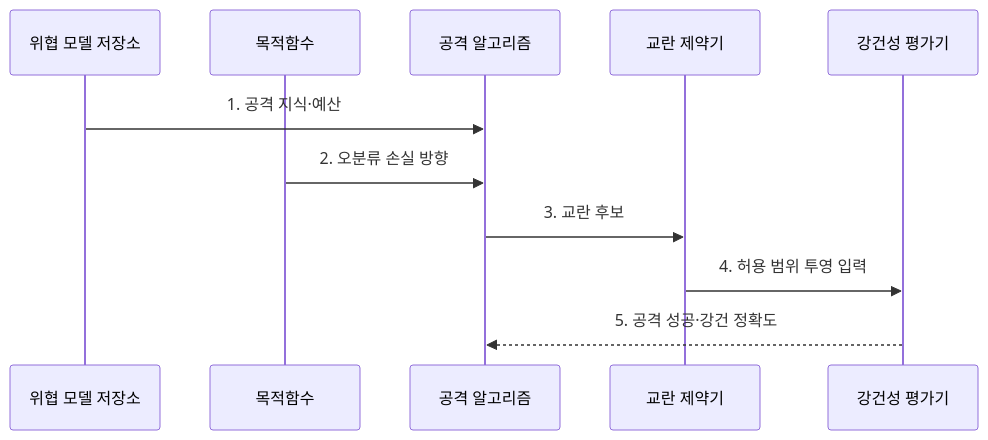
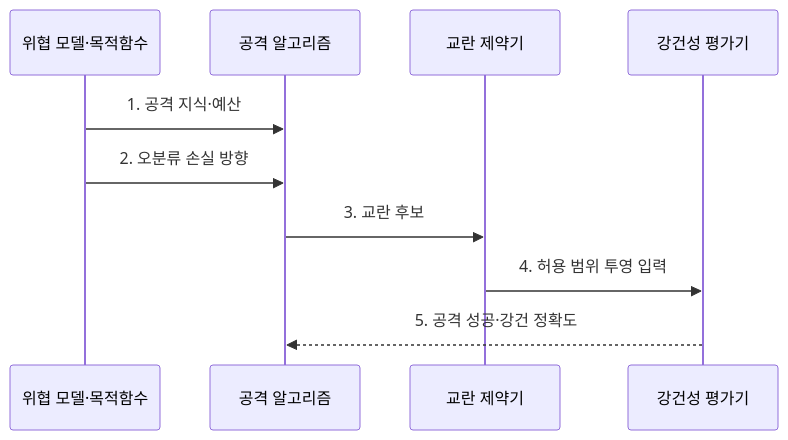
One commit to agnusdei1207/knowledge-base changed the second of 2 diagrams in src/content/docs/notes/08-latest-tech/123_adversarial_example.md. Above: the diagram before and after it, drawn with Mermaid. The commit also changed 6 other files, not shown here.

Commit message:
Reduce AI security flow participants

````diff
--- a/src/content/docs/notes/08-latest-tech/123_adversarial_example.md
+++ b/src/content/docs/notes/08-latest-tech/123_adversarial_example.md
@@ -108,13 +108,12 @@
 ```mermaid
 sequenceDiagram
-  participant T as 위협 모델 저장소
-  participant O as 목적함수
+  participant T as 위협 모델·목적함수
   participant A as 공격 알고리즘
   participant C as 교란 제약기
   participant E as 강건성 평가기
   T->>A: 1. 공격 지식·예산
-  O->>A: 2. 오분류 손실 방향
+  T->>A: 2. 오분류 손실 방향
   A->>C: 3. 교란 후보
   C->>E: 4. 허용 범위 투영 입력
   E-->>A: 5. 공격 성공·강건 정확도
 ```
````
